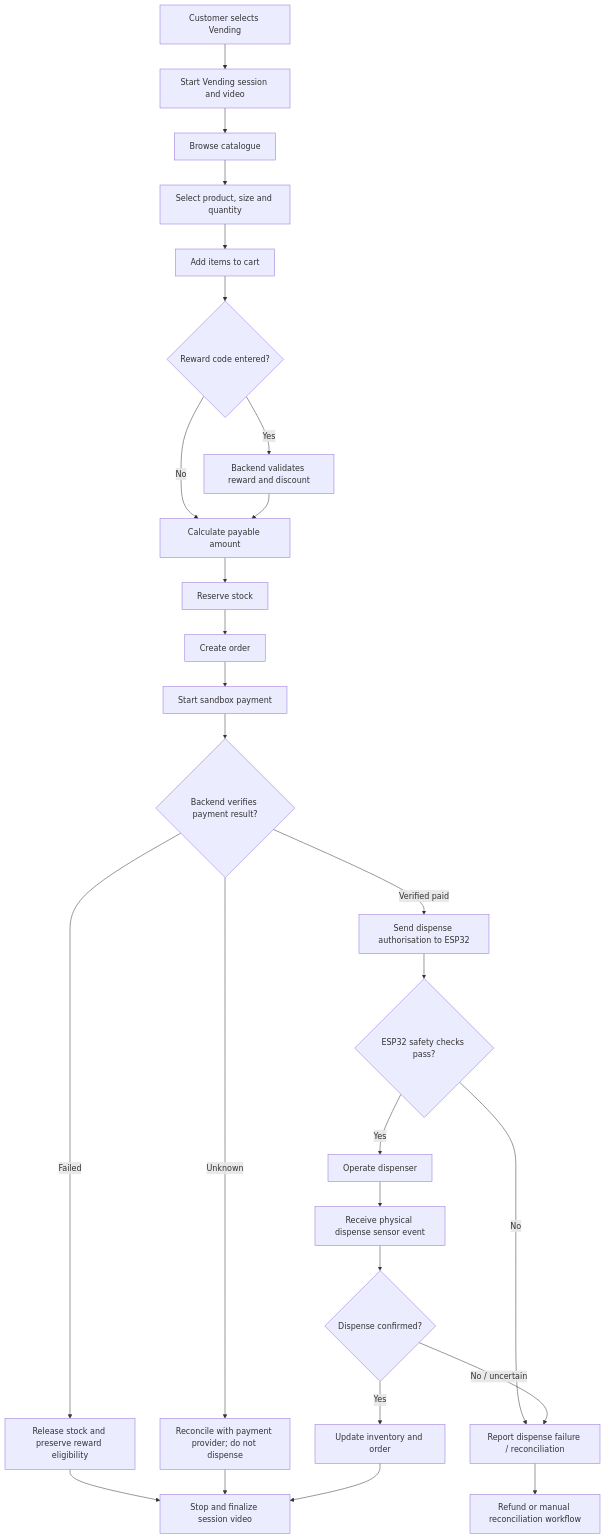
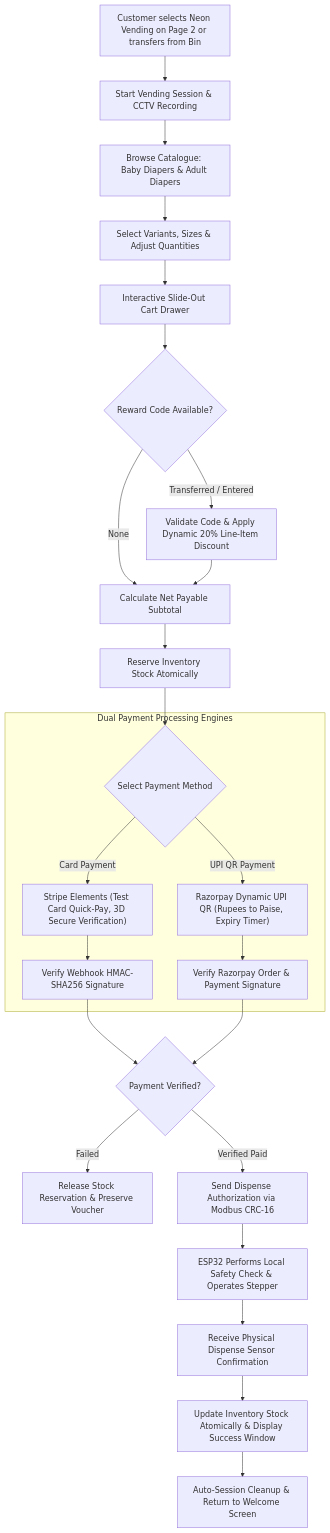
Before and after one commit to aswanayyappan/tech-farm-vending-machine: the fourth of 10 diagrams in SDDS_V5_Documents/SDDS_V5_Plan_of_Action.md, drawn with Mermaid. The commit also changed other lines of this file and 2 other files, not shown here.

Commit message:
docs: synchronize SDDS V5 PRD and Plan of Action with current web architecture

````diff
--- a/SDDS_V5_Documents/SDDS_V5_Plan_of_Action.md
+++ b/SDDS_V5_Documents/SDDS_V5_Plan_of_Action.md
@@ -489,29 +460,29 @@
 ```mermaid
 flowchart TD
-    A[Customer selects Vending] --> B[Start Vending session and video]
-    B --> C[Browse catalogue]
-    C --> D[Select product, size and quantity]
-    D --> E[Add items to cart]
-    E --> F{Reward code entered?}
-    F -- Yes --> G[Backend validates reward and discount]
-    F -- No --> H[Calculate payable amount]
+    A[Customer selects Neon Vending on Page 2 or transfers from Bin] --> B[Start Vending Session & CCTV Recording]
+    B --> C[Browse Catalogue: Baby Diapers & Adult Diapers]
+    C --> D[Select Variants, Sizes & Adjust Quantities]
+    D --> E[Interactive Slide-Out Cart Drawer]
+    E --> F{Reward Code Available?}
+    F -- Transferred / Entered --> G[Validate Code & Apply Dynamic 20% Line-Item Discount]
+    F -- None --> H[Calculate Net Payable Subtotal]
     G --> H
-    H --> I[Reserve stock]
-    I --> J[Create order]
-    J --> K[Start sandbox payment]
-    K --> L{Backend verifies payment result?}
-    L -- Failed --> M[Release stock and preserve reward eligibility]
-    L -- Unknown --> N[Reconcile with payment provider; do not dispense]
-    L -- Verified paid --> O[Send dispense authorisation to ESP32]
-    O --> P{ESP32 safety checks pass?}
-    P -- No --> Q[Report dispense failure / reconciliation]
-    P -- Yes --> R[Operate dispenser]
-    R --> S[Receive physical dispense sensor event]
-    S --> T{Dispense confirmed?}
-    T -- Yes --> U[Update inventory and order]
-    T -- No / uncertain --> Q
-    M --> W[Stop and finalize session video]
-    N --> W
-    Q --> X[Refund or manual reconciliation workflow]
-    U --> W
+    H --> I[Reserve Inventory Stock Atomically]
+    I --> J{Select Payment Method}
+
+    subgraph DUAL_GATEWAY ["Dual Payment Processing Engines"]
+        J -->|Card Payment| K["Stripe Elements (Test Card Quick-Pay, 3D Secure Verification)"]
+        J -->|UPI QR Payment| L["Razorpay Dynamic UPI QR (Rupees to Paise, Expiry Timer)"]
+        K --> M[Verify Webhook HMAC-SHA256 Signature]
+        L --> N[Verify Razorpay Order & Payment Signature]
+    end
+
+    M --> O{Payment Verified?}
+    N --> O
+    O -- Failed --> P[Release Stock Reservation & Preserve Voucher]
+    O -- Verified Paid --> Q[Send Dispense Authorization via Modbus CRC-16]
+    Q --> R[ESP32 Performs Local Safety Check & Operates Stepper]
+    R --> S[Receive Physical Dispense Sensor Confirmation]
+    S --> T[Update Inventory Stock Atomically & Display Success Window]
+    T --> U[Auto-Session Cleanup & Return to Welcome Screen]
 ```
````
